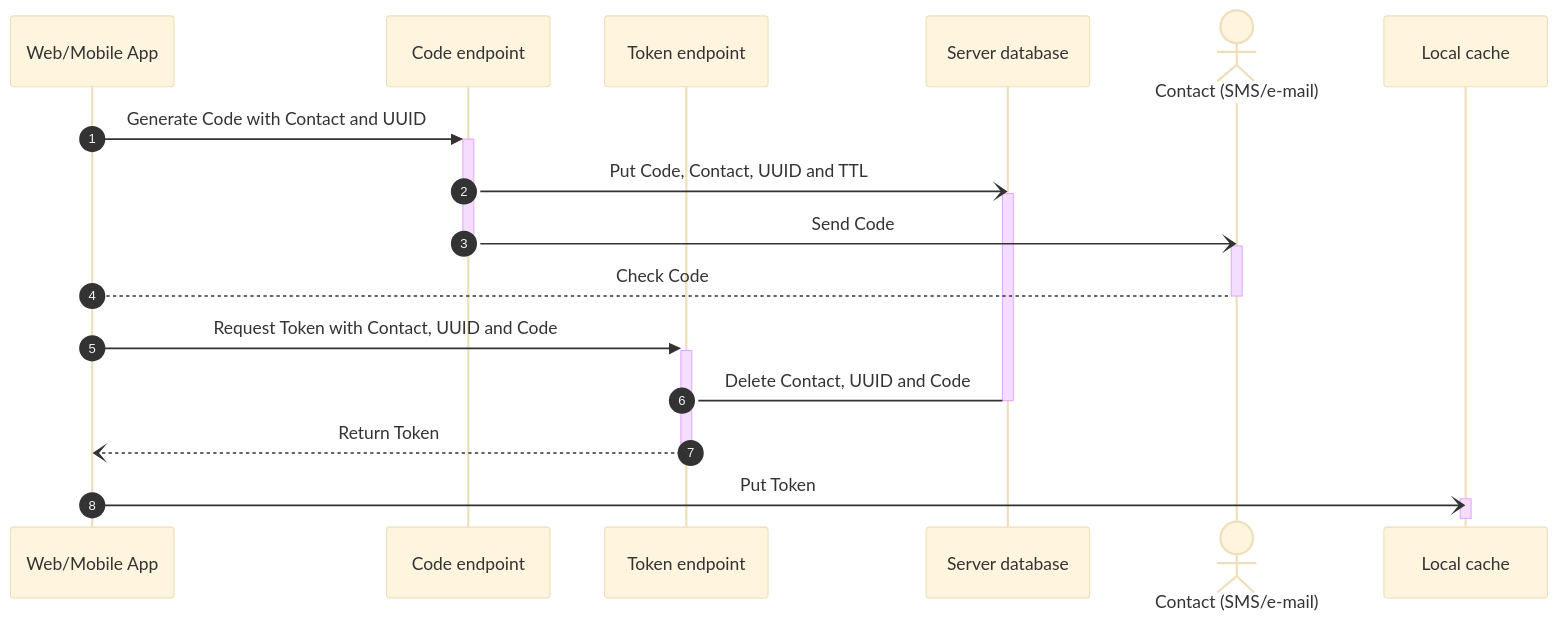
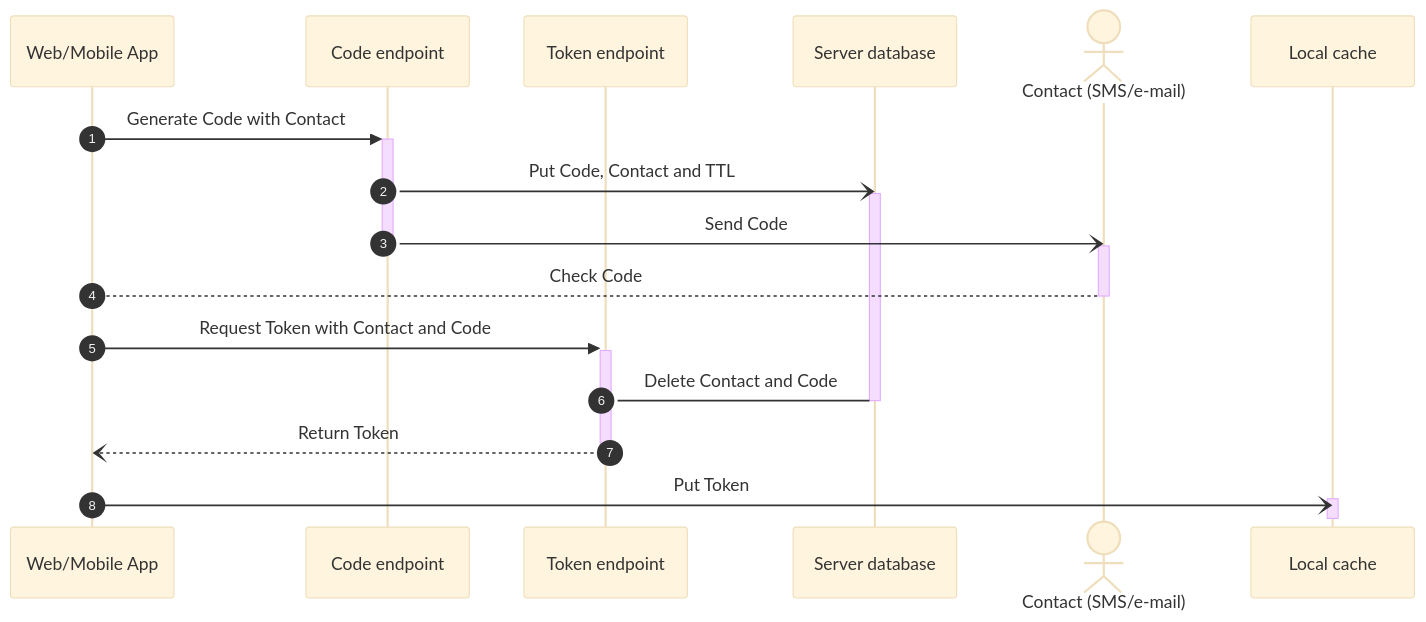
Before and after one commit to mbiemann/briefbox-backend: the first of 2 diagrams in README.md, drawn with Mermaid (base theme).

````diff
--- a/README.md
+++ b/README.md
@@ -11,24 +11,24 @@
 ```mermaid
 sequenceDiagram
     participant A as Web/Mobile App
     participant B1 as Code endpoint
     participant B2 as Token endpoint
     participant C as Server database
     actor D as Contact (SMS/e-mail)
     participant E as Local cache
     autonumber
-    A->>+B1: Generate Code with Contact and UUID
-    B1-)C: Put Code, Contact, UUID and TTL
+    A->>+B1: Generate Code with Contact
+    B1-)C: Put Code, Contact and TTL
     activate C
     B1-)-D: Send Code
     activate D
     A-->D: Check Code
     deactivate D
-    A->>+B2: Request Token with Contact, UUID and Code
-    B2->C: Delete Contact, UUID and Code
+    A->>+B2: Request Token with Contact and Code
+    B2->C: Delete Contact and Code
     deactivate C
     B2--)-A: Return Token
     A-)E: Put Token
     activate E
     deactivate E
 ```
````
